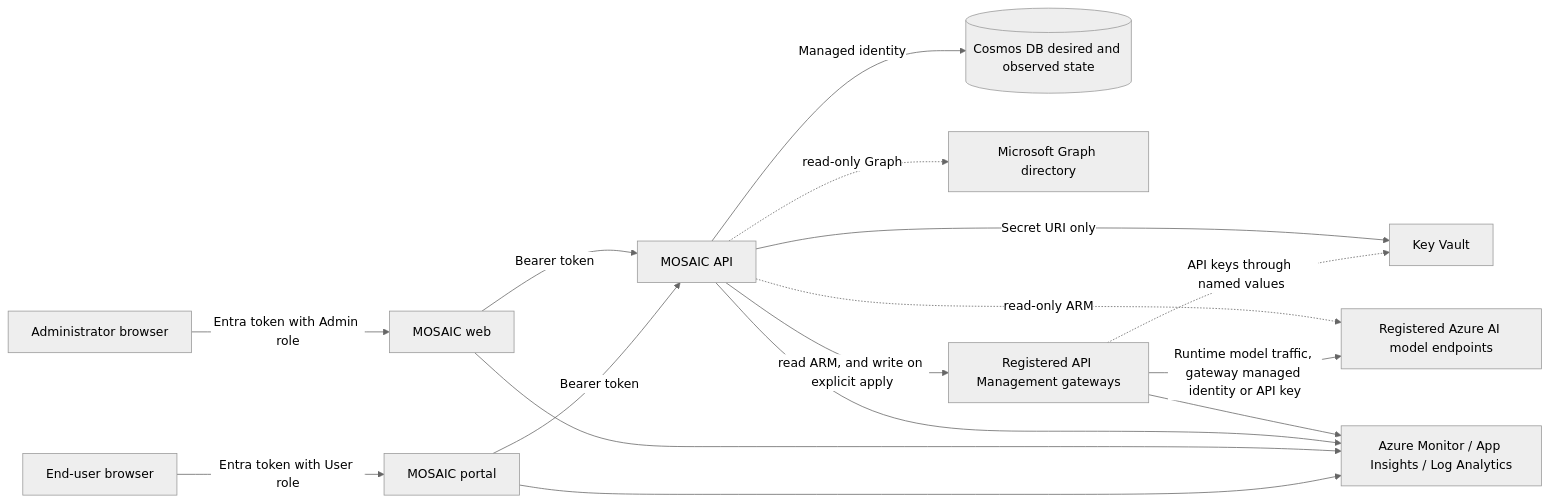
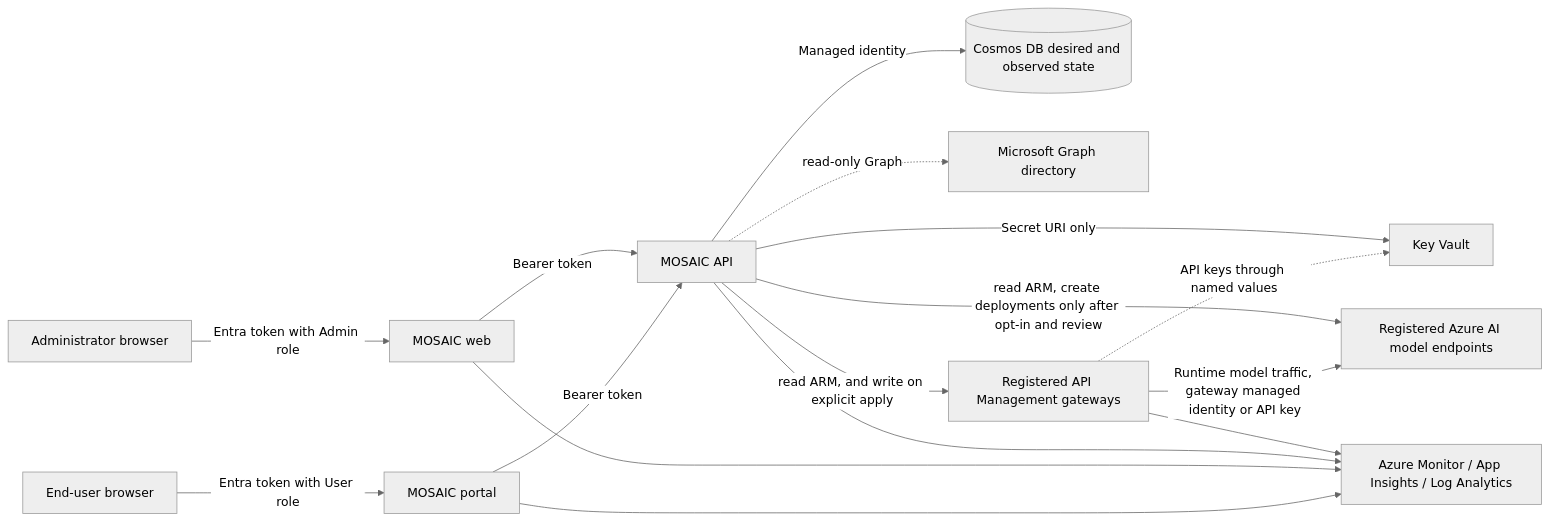
The diagram in README.md (microsoft/mosaic-apim), drawn with Mermaid (neutral theme) before and after one commit. The commit also changed other lines of this file and 38 other files, not shown here.

First line of the commit message:
Add reviewed Azure model deployment on existing endpoints (#151)

````diff
--- a/README.md
+++ b/README.md
@@ -561,18 +575,18 @@
 ```mermaid
 flowchart LR
     Admin[Administrator browser] -->|Entra token with Admin role| Web[MOSAIC web]
     User[End-user browser] -->|Entra token with User role| Portal[MOSAIC portal]
     Web -->|Bearer token| API[MOSAIC API]
     Portal -->|Bearer token| API
     API -->|Managed identity| Cosmos[(Cosmos DB desired and observed state)]
     API -. read-only Graph .-> Graph[Microsoft Graph directory]
     API -->|Secret URI only| KV[Key Vault]
-    API -. read-only ARM .-> Foundry[Registered Azure AI model endpoints]
+    API -->|read ARM, create deployments only after opt-in and review| Foundry[Registered Azure AI model endpoints]
     API -->|read ARM, and write on explicit apply| APIM[Registered API Management gateways]
     APIM -->|Runtime model traffic, gateway managed identity or API key| Foundry
     APIM -. API keys through named values .-> KV
     APIM --> Monitor[Azure Monitor / App Insights / Log Analytics]
     API --> Monitor
     Web --> Monitor
     Portal --> Monitor
 ```
````
